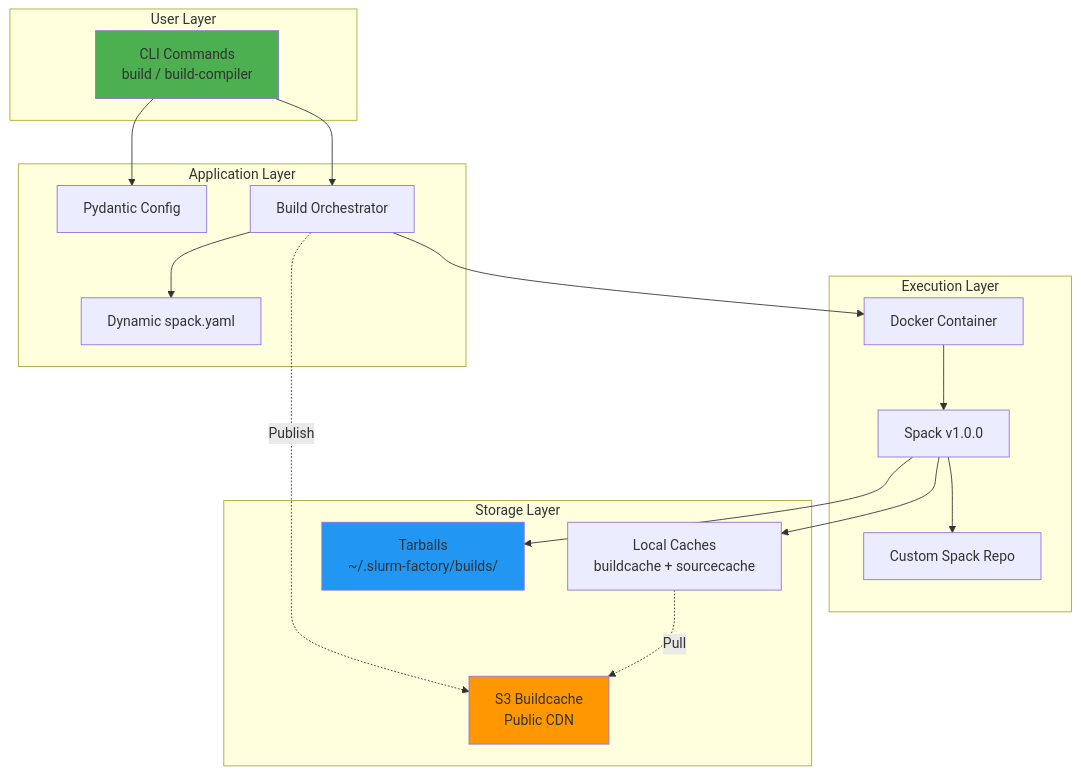
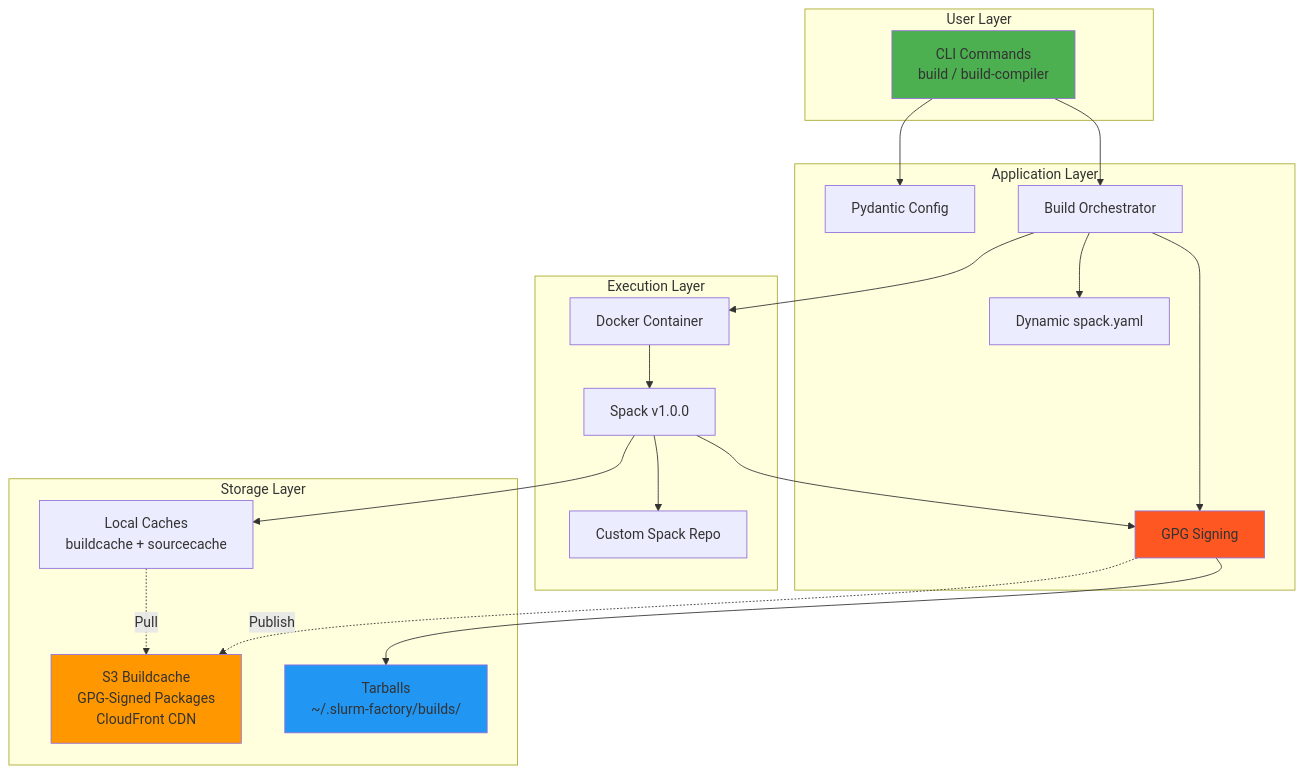
Before and after one commit to vantagecompute/slurm-factory: the diagram in docusaurus/docs/overview.md, drawn with Mermaid. The commit also changed other lines of this file and 1 other file, not shown here.

First line of the commit message:
docs: Revise documentation to focus on version matrix and GPG signing

````diff
--- a/docusaurus/docs/overview.md
+++ b/docusaurus/docs/overview.md
@@ -21,39 +108,43 @@
 ```mermaid
 graph TB
     subgraph "User Layer"
         CLI[CLI Commands<br/>build / build-compiler]
     end
     
     subgraph "Application Layer"
         Config[Pydantic Config]
         Builder[Build Orchestrator]
         SpackYAML[Dynamic spack.yaml]
+        GPGSigning[GPG Signing]
     end
     
     subgraph "Execution Layer"
         Docker[Docker Container]
         Spack[Spack v1.0.0]
         CustomRepo[Custom Spack Repo]
     end
     
     subgraph "Storage Layer"
         LocalCache[Local Caches<br/>buildcache + sourcecache]
-        S3Cache[S3 Buildcache<br/>Public CDN]
+        S3Cache[S3 Buildcache<br/>GPG-Signed Packages<br/>CloudFront CDN]
         Outputs[Tarballs<br/>~/.slurm-factory/builds/]
     end
     
     CLI --> Config
     CLI --> Builder
     Builder --> SpackYAML
     Builder --> Docker
+    Builder --> GPGSigning
     Docker --> Spack
     Spack --> CustomRepo
     Spack --> LocalCache
     LocalCache -.Pull.-> S3Cache
-    Spack --> Outputs
-    Builder -.Publish.-> S3Cache
+    Spack --> GPGSigning
+    GPGSigning --> Outputs
+    GPGSigning -.Publish.-> S3Cache
     
     style CLI fill:#4CAF50
+    style GPGSigning fill:#FF5722
     style Outputs fill:#2196F3
     style S3Cache fill:#FF9800
 ```
````
